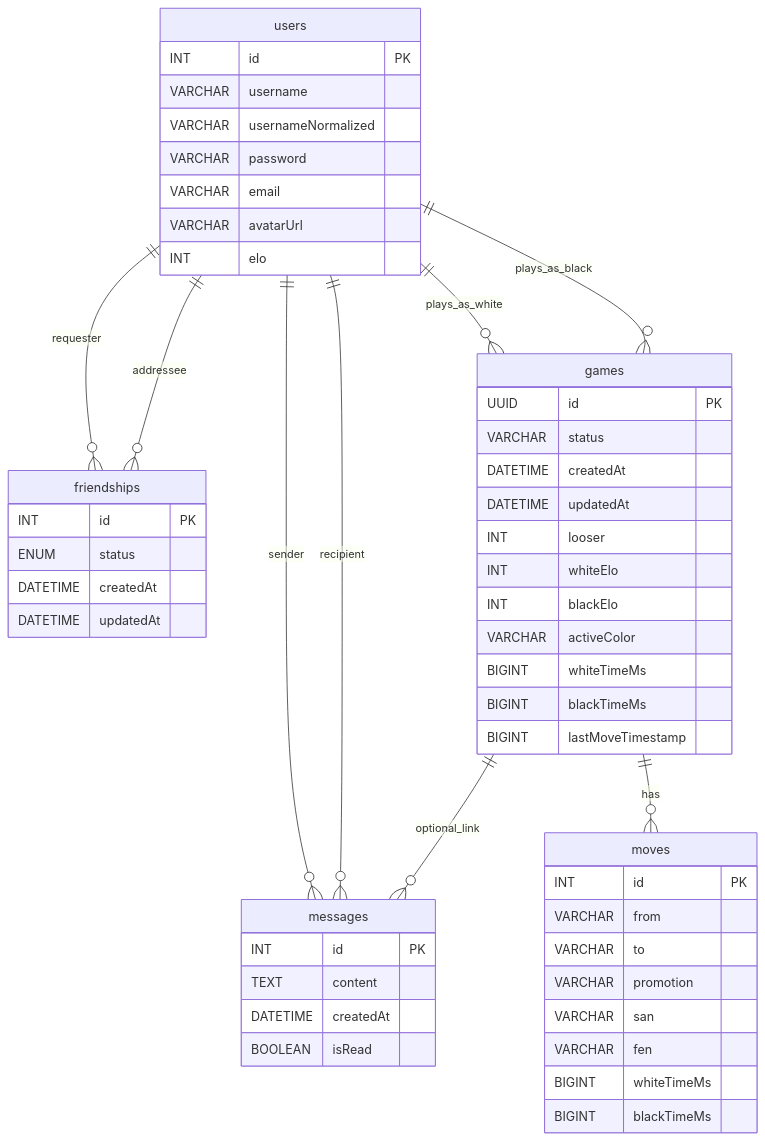
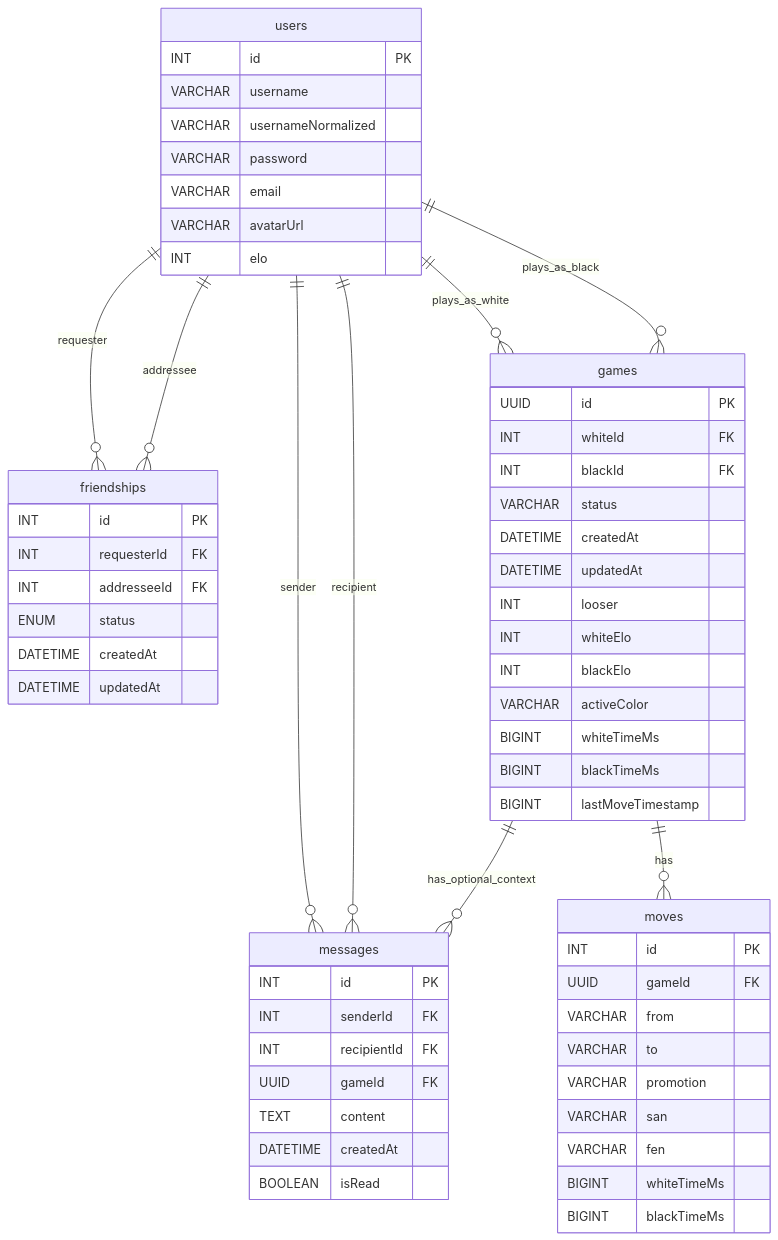
The diagram in README.md (MarkelUribe/ft_transcendence), drawn with Mermaid before and after one commit. The commit also changed other lines of this file and 3 other files, not shown here.

````diff
--- a/README.md
+++ b/README.md
@@ -168,60 +171,68 @@
 ```mermaid
 erDiagram
 	users {
 		INT id PK
 		VARCHAR username
 		VARCHAR usernameNormalized
 		VARCHAR password
 		VARCHAR email
 		VARCHAR avatarUrl
 		INT elo
 	}
 
 	friendships {
 		INT id PK
+		INT requesterId FK
+		INT addresseeId FK
 		ENUM status
 		DATETIME createdAt
 		DATETIME updatedAt
 	}
 
 	messages {
 		INT id PK
+		INT senderId FK
+		INT recipientId FK
+		UUID gameId FK
 		TEXT content
 		DATETIME createdAt
 		BOOLEAN isRead
 	}
 
 	games {
 		UUID id PK
+		INT whiteId FK
+		INT blackId FK
 		VARCHAR status
 		DATETIME createdAt
 		DATETIME updatedAt
 		INT looser
 		INT whiteElo
 		INT blackElo
 		VARCHAR activeColor
 		BIGINT whiteTimeMs
 		BIGINT blackTimeMs
 		BIGINT lastMoveTimestamp
 	}
 
 	moves {
 		INT id PK
+		UUID gameId FK
 		VARCHAR from
 		VARCHAR to
 		VARCHAR promotion
 		VARCHAR san
 		VARCHAR fen
 		BIGINT whiteTimeMs
 		BIGINT blackTimeMs
 	}
 
 	users ||--o{ friendships : requester
 	users ||--o{ friendships : addressee
 	users ||--o{ messages : sender
 	users ||--o{ messages : recipient
 	users ||--o{ games : plays_as_white
 	users ||--o{ games : plays_as_black
 	games ||--o{ moves : has
-	games ||--o{ messages : optional_link
+	games ||--o{ messages : has_optional_context
 ```
````
